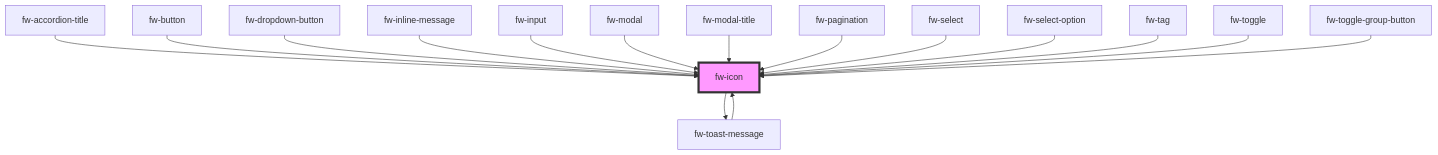
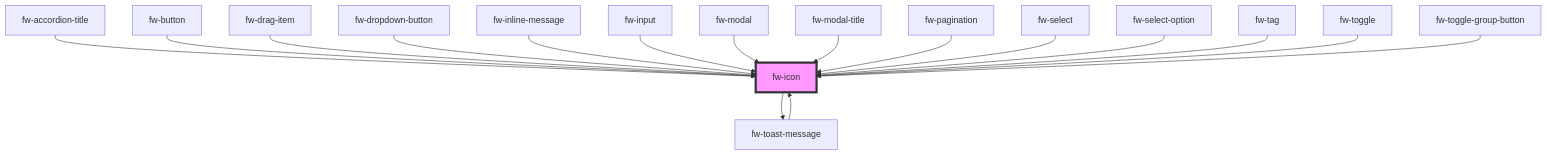
One commit to freshworks/crayons changed the diagram in packages/crayons-core/src/components/icon/readme.md. Above: the diagram before and after it, drawn with Mermaid. The commit also changed other lines of this file and 2 other files, not shown here.

Commit message:
feat(fw-drag-list): added drag-list component

````diff
--- a/packages/crayons-core/src/components/icon/readme.md
+++ b/packages/crayons-core/src/components/icon/readme.md
@@ -252,19 +253,20 @@
 ```mermaid
 graph TD;
   fw-icon --> fw-toast-message
   fw-toast-message --> fw-icon
   fw-accordion-title --> fw-icon
   fw-button --> fw-icon
+  fw-drag-item --> fw-icon
   fw-dropdown-button --> fw-icon
   fw-inline-message --> fw-icon
   fw-input --> fw-icon
   fw-modal --> fw-icon
   fw-modal-title --> fw-icon
   fw-pagination --> fw-icon
   fw-select --> fw-icon
   fw-select-option --> fw-icon
   fw-tag --> fw-icon
   fw-toggle --> fw-icon
   fw-toggle-group-button --> fw-icon
   style fw-icon fill:#f9f,stroke:#333,stroke-width:4px
 ```
````
